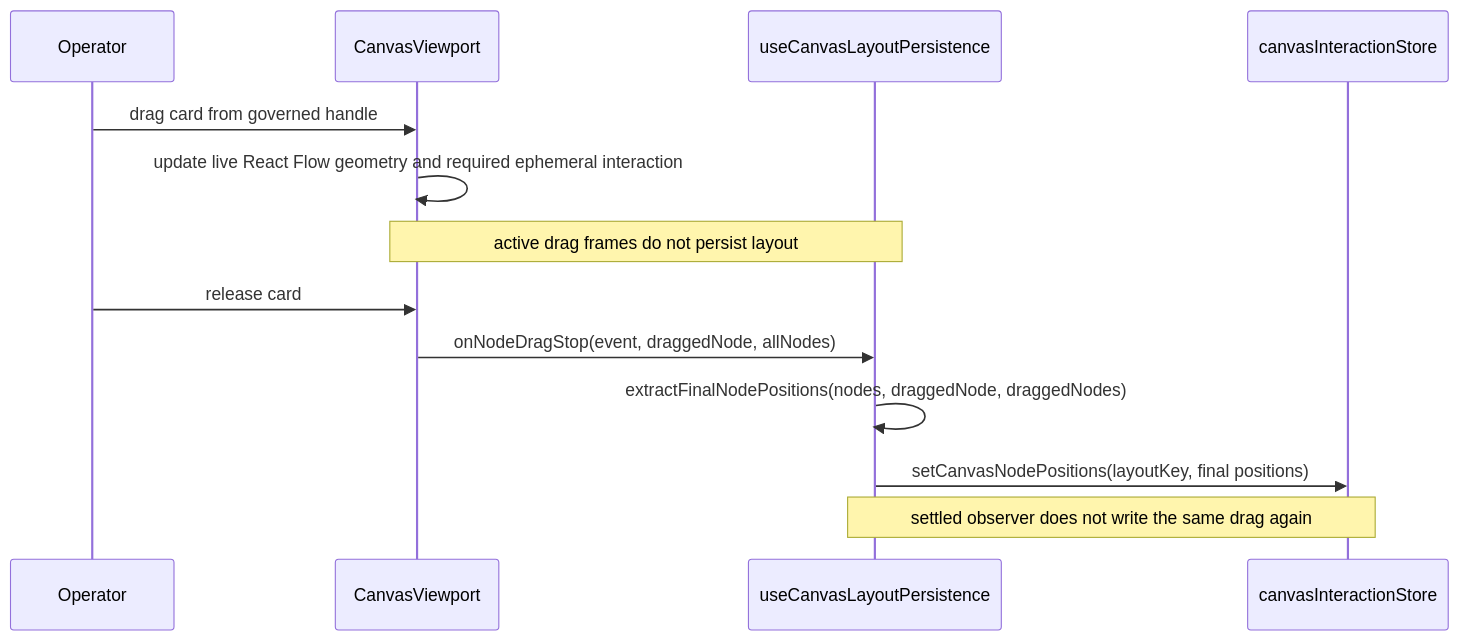
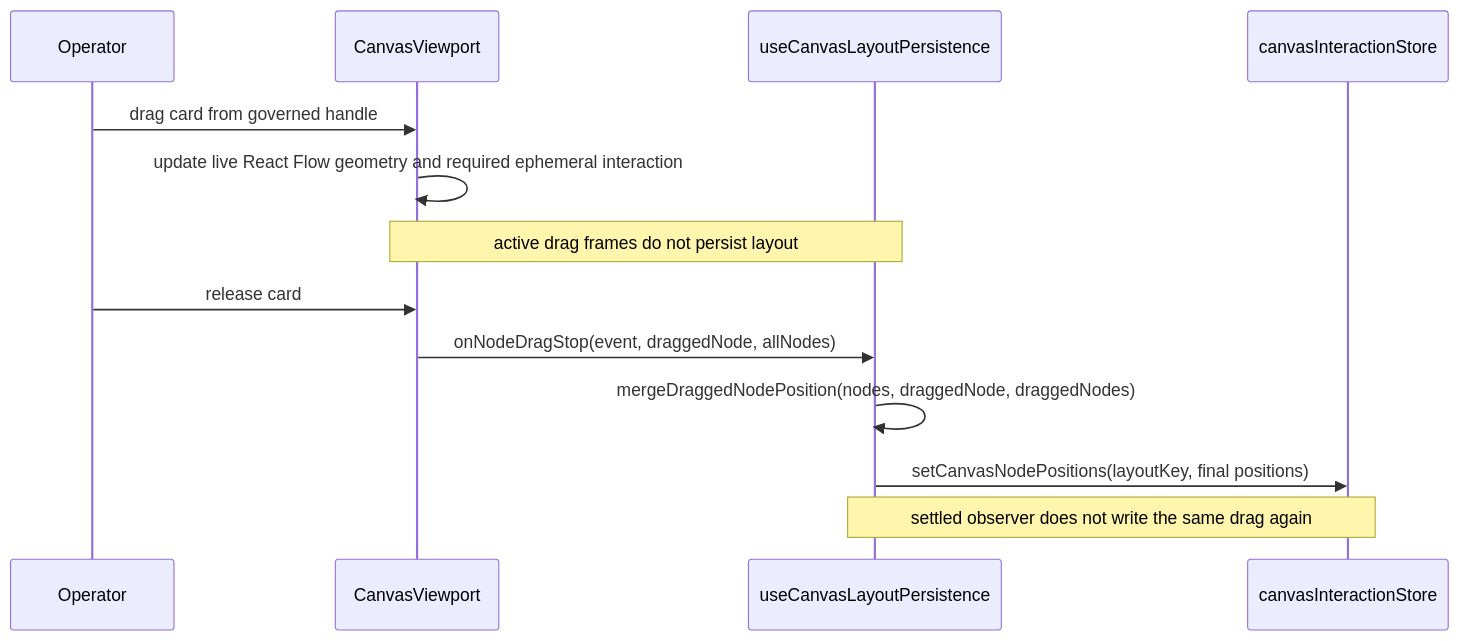
Before and after one commit to dunay2/dvt: the first of 4 diagrams in docs/architecture/components/web/graph/canvas-layout-persistence-component.md, drawn with Mermaid. The commit also changed 1 other file, not shown here.

Commit message:
refactor(web): Retain the governed Canvas drag position merge helper

````diff
--- a/docs/architecture/components/web/graph/canvas-layout-persistence-component.md
+++ b/docs/architecture/components/web/graph/canvas-layout-persistence-component.md
@@ -128,16 +128,16 @@
 ```mermaid
 sequenceDiagram
   participant Operator
   participant Viewport as CanvasViewport
   participant Layout as useCanvasLayoutPersistence
   participant Store as canvasInteractionStore
 
   Operator->>Viewport: drag card from governed handle
   Viewport->>Viewport: update live React Flow geometry and required ephemeral interaction
   Note over Viewport,Layout: active drag frames do not persist layout
   Operator->>Viewport: release card
   Viewport->>Layout: onNodeDragStop(event, draggedNode, allNodes)
-  Layout->>Layout: extractFinalNodePositions(nodes, draggedNode, draggedNodes)
+  Layout->>Layout: mergeDraggedNodePosition(nodes, draggedNode, draggedNodes)
   Layout->>Store: setCanvasNodePositions(layoutKey, final positions)
   Note over Layout,Store: settled observer does not write the same drag again
 ```
````
